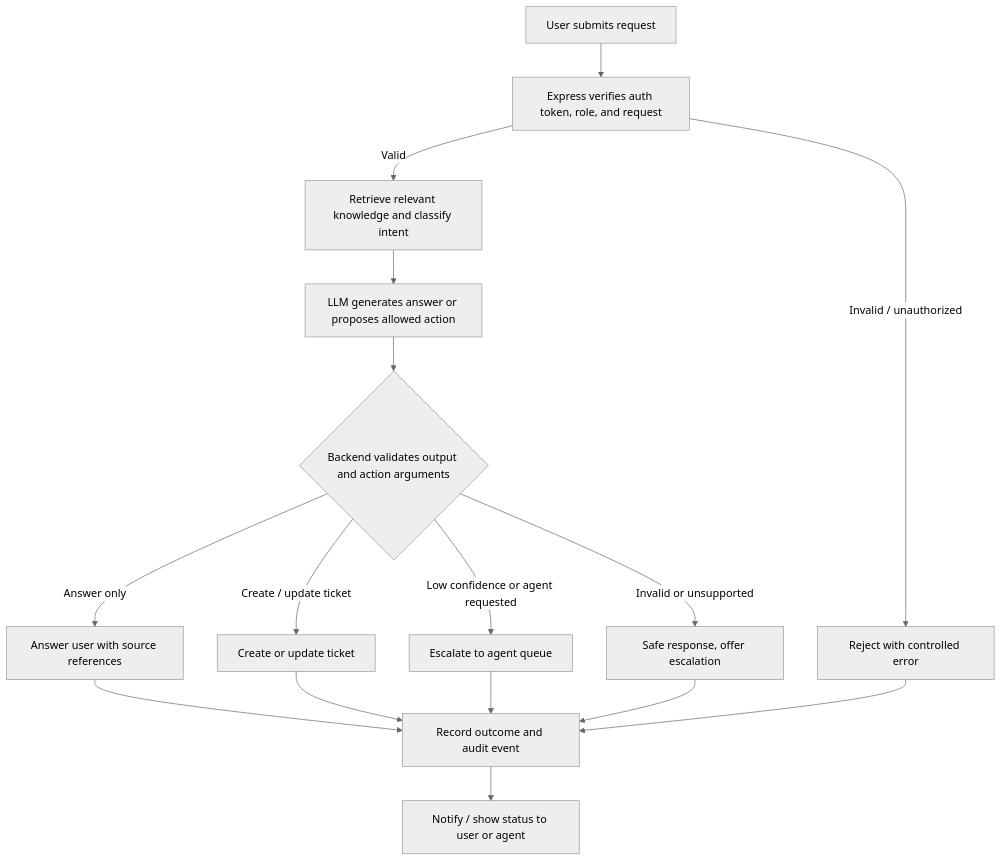
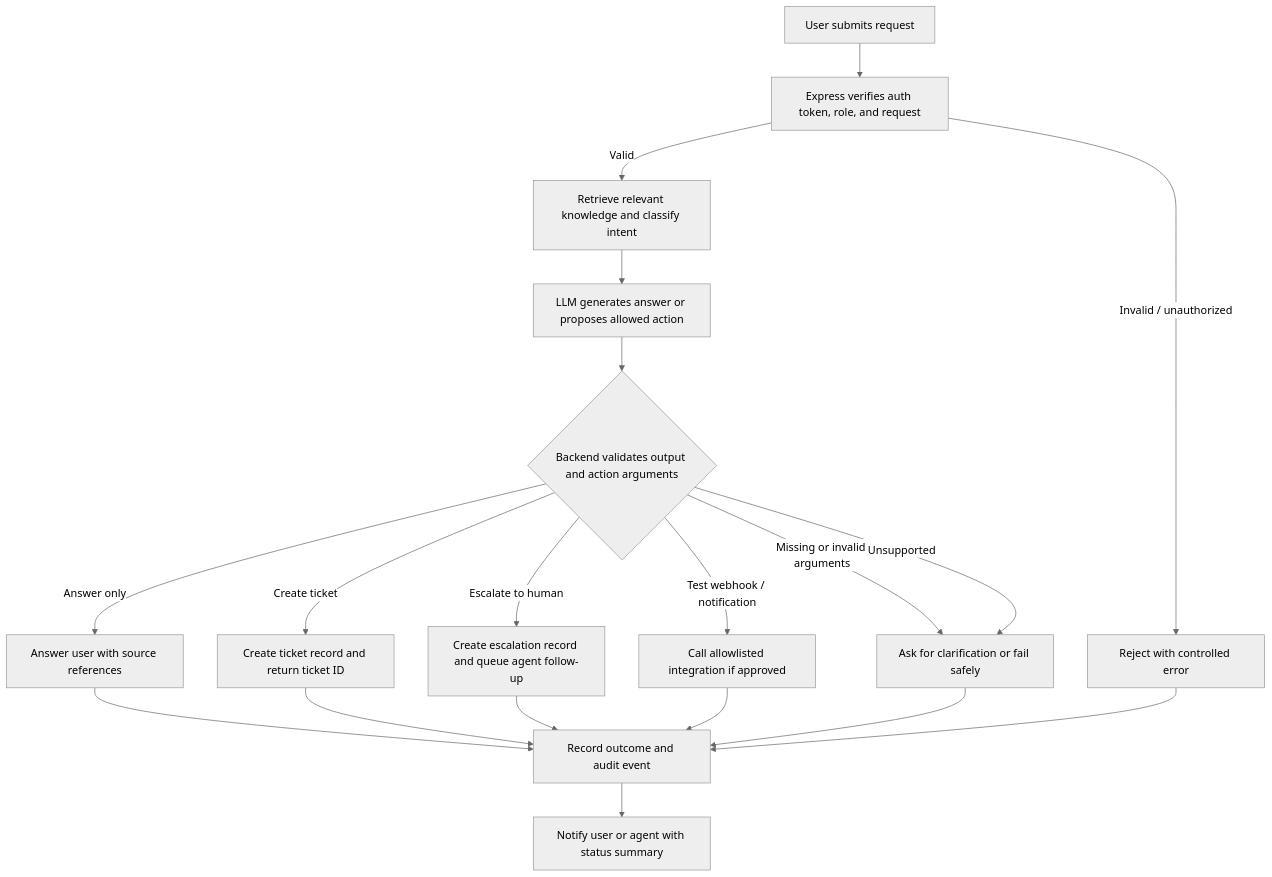
The diagram in docs/deliverables/10-workflow-automation.md (dlsud-submissions/elective-helpdesk-automation-system), drawn with Mermaid (neutral theme) before and after one commit. The commit also changed other lines of this file and 2 other files, not shown here.

````diff
--- a/docs/deliverables/10-workflow-automation.md
+++ b/docs/deliverables/10-workflow-automation.md
@@ -5,18 +12,21 @@
 ```mermaid
 flowchart TD
     A["User submits request"] --> B["Express verifies auth token, role, and request"]
     B -->|"Invalid / unauthorized"| X["Reject with controlled error"]
     B -->|"Valid"| C["Retrieve relevant knowledge and classify intent"]
     C --> D["LLM generates answer or proposes allowed action"]
     D --> E{"Backend validates output and action arguments"}
     E -->|"Answer only"| F["Answer user with source references"]
-    E -->|"Create / update ticket"| G["Create or update ticket"]
-    E -->|"Low confidence or agent requested"| H["Escalate to agent queue"]
-    E -->|"Invalid or unsupported"| I["Safe response, offer escalation"]
+    E -->|"Create ticket"| G["Create ticket record and return ticket ID"]
+    E -->|"Escalate to human"| H["Create escalation record and queue agent follow-up"]
+    E -->|"Test webhook / notification"| N["Call allowlisted integration if approved"]
+    E -->|"Missing or invalid arguments"| I["Ask for clarification or fail safely"]
+    E -->|"Unsupported"| I
     F --> J["Record outcome and audit event"]
     G --> J
     H --> J
+    N --> J
     I --> J
     X --> J
-    J --> K["Notify / show status to user or agent"]
+    J --> K["Notify user or agent with status summary"]
 ```
````
